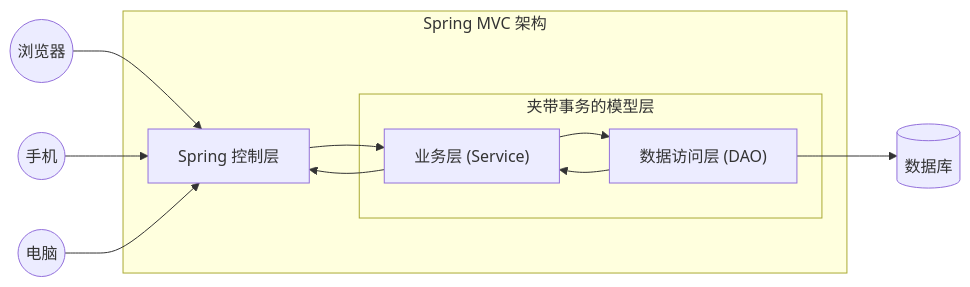
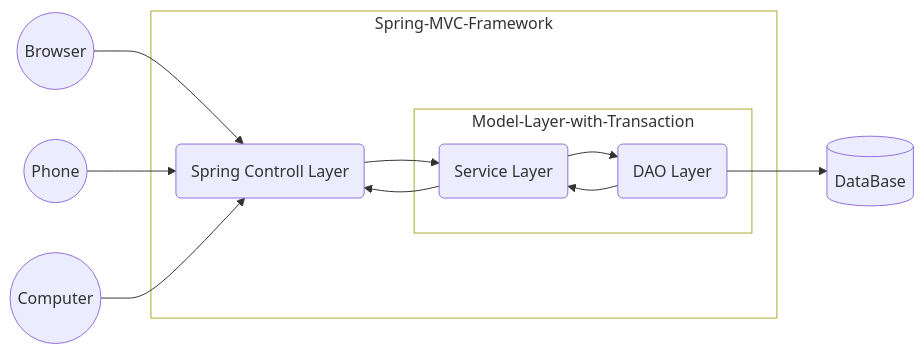
Before and after one commit to domeniczz/learnJavaDev: the fourth of 42 diagrams in DevTech/Spring.md, drawn with Mermaid. The commit also changed other lines of this file and 6 other files, not shown here.

````diff
--- a/DevTech/Spring.md
+++ b/DevTech/Spring.md
@@ -2722,15 +2808,18 @@
 ```mermaid
 flowchart LR
-  A1(("浏览器")) --> B["Spring 控制层"]
-  A2(("手机")) --> B
-  A3(("电脑")) --> B
-  subgraph Spring MVC 架构
-    B --> C["业务层 (Service)"]
-    C["业务层 (Service)"] --> B
-    subgraph 夹带事务的模型层
-      C --> D["数据访问层 (DAO)"]
+  A1(("Browser")) --> B("Spring Controll Layer")
+  A2(("Phone")) --> B
+  A3(("Computer")) --> B
+  subgraph Spring-MVC-Framework
+    B --> C("Service Layer")
+    C --> B
+    subgraph Model-Layer-with-Transaction
+      C --> D("DAO Layer")
       D --> C
     end
   end
-  D --> E[("数据库")]
+  D --> E[("DataBase")]
+  classDef subgraphstyle fill:transparent
+  class Spring-MVC-Framework subgraphstyle
+  class Model-Layer-with-Transaction subgraphstyle
 ```
````
